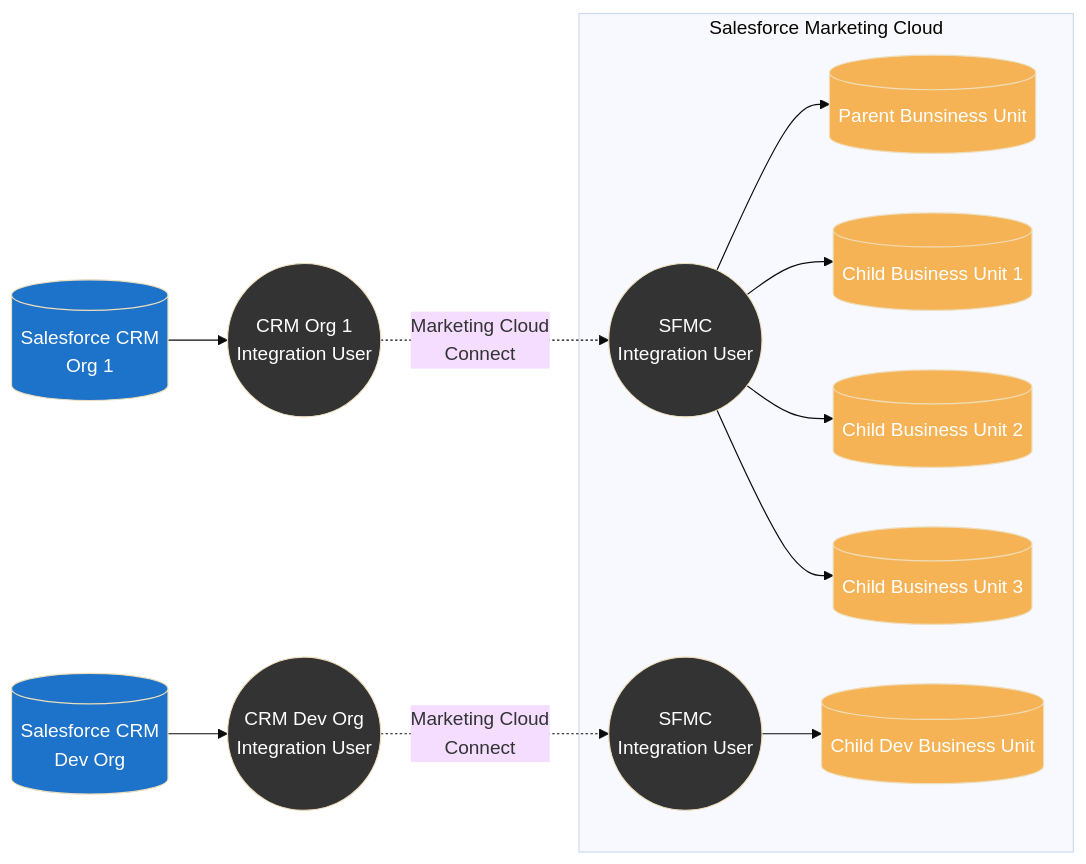
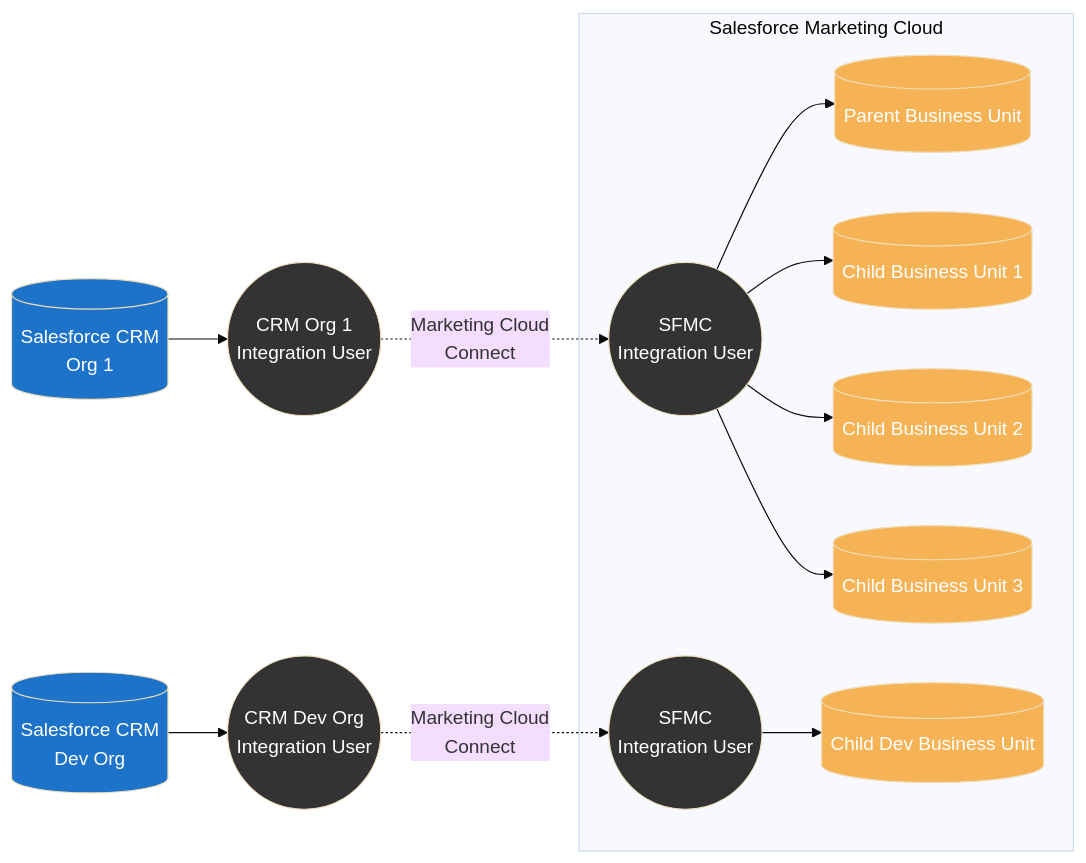
The fifth of 7 diagrams in docs/config/sfmc-mcc-integration-patterns.mdx (MateuszDabrowski/mateuszdabrowski.pl), drawn with Mermaid (base theme) before and after one commit. The commit also changed other lines of this file and 1 other file, not shown here.

````diff
--- a/docs/config/sfmc-mcc-integration-patterns.mdx
+++ b/docs/config/sfmc-mcc-integration-patterns.mdx
@@ -237,30 +243,30 @@
 ```mermaid
 graph LR
  crm1[(Salesforce CRM\nOrg 1)]:::sfdc
  crm2[(Salesforce CRM\nDev Org)]:::sfdc
  crm1IU((CRM Org 1\nIntegration User)):::mcc
  crm2IU((CRM Dev Org\nIntegration User)):::mcc
  sfmc1IU((SFMC\nIntegration User)):::mcc
  sfmc2IU((SFMC\nIntegration User)):::mcc
- sfmc1[(Parent Bunsiness Unit)]:::sfmc
+ sfmc1[(Parent Business Unit)]:::sfmc
  sfmcBU1[(Child Business Unit 1)]:::sfmc
  sfmcBU2[(Child Business Unit 2)]:::sfmc
  sfmcBU3[(Child Business Unit 3)]:::sfmc
  sfmcBU4[("Child Dev Business Unit")]:::sfmc
 
  crm1 --> crm1IU
  crm1IU -. Marketing Cloud\nConnect .-> sfmc1IU
  crm2 --> crm2IU
  crm2IU -. Marketing Cloud\nConnect .-> sfmc2IU
  subgraph sfmc [Salesforce Marketing Cloud]
-    sfmc1IU --> sfmc1
-    sfmc1IU --> sfmcBU1
-    sfmc1IU --> sfmcBU2
-    sfmc1IU --> sfmcBU3
-    sfmc2IU --> sfmcBU4
+ sfmc1IU --> sfmc1
+ sfmc1IU --> sfmcBU1
+ sfmc1IU --> sfmcBU2
+ sfmc1IU --> sfmcBU3
+ sfmc2IU --> sfmcBU4
  end
 
  classDef sfdc fill:#1d73c9,color:#ffffff
  classDef sfmc fill:#f6b355,color:#ffffff
  classDef mcc fill:#333333,color:#ffffff
 ```
````
